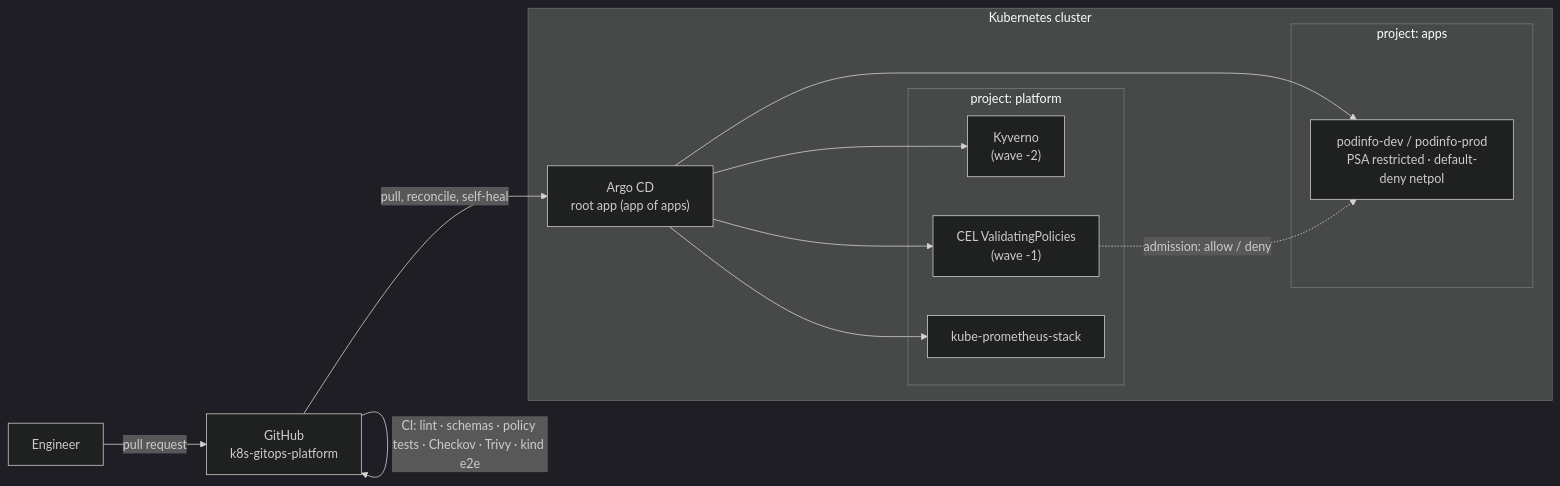
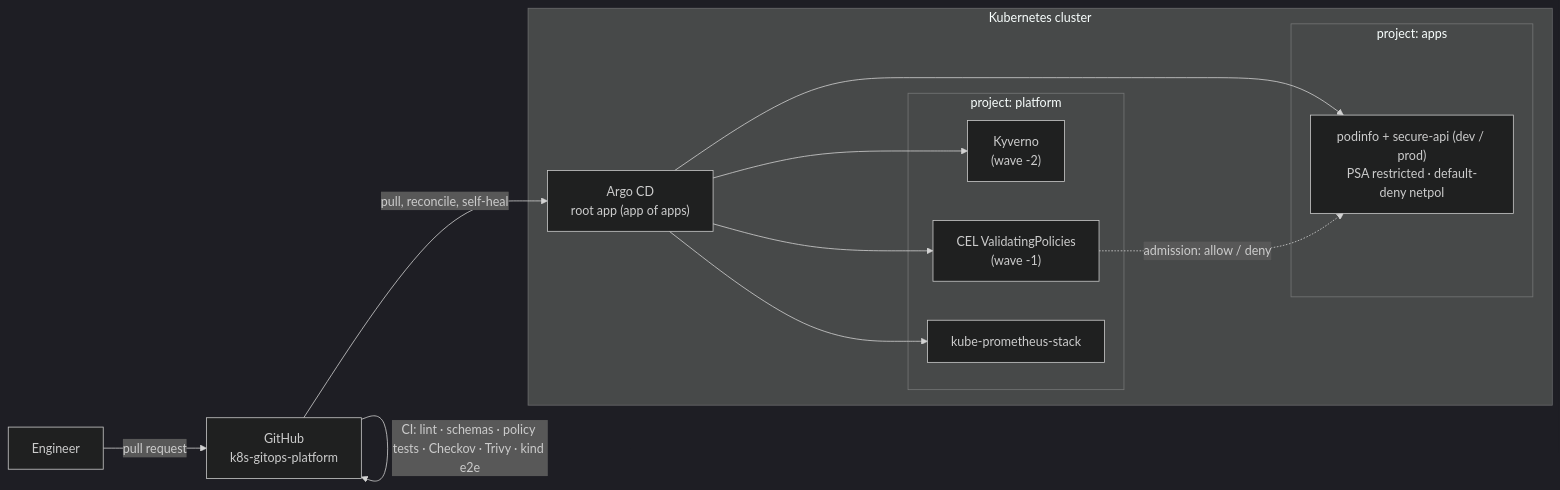
Before and after one commit to Z-mac-debug/k8s-gitops-platform: the diagram in README.md, drawn with Mermaid (dark theme). The commit also changed other lines of this file and 14 other files, not shown here.

Commit message:
Deploy cosign-signed secure-api; verify signature and digest pinning on kind

````diff
--- a/README.md
+++ b/README.md
@@ -17,19 +17,19 @@
 ```mermaid
 flowchart LR
     DEV["Engineer"] -- "pull request" --> GIT["GitHub<br/>k8s-gitops-platform"]
     GIT -- "CI: lint · schemas · policy tests · Checkov · Trivy · kind e2e" --> GIT
     subgraph CLUSTER["Kubernetes cluster"]
         ARGO["Argo CD<br/>root app (app of apps)"]
         subgraph PLATFORM["project: platform"]
             KYV["Kyverno<br/>(wave -2)"]
             POL["CEL ValidatingPolicies<br/>(wave -1)"]
             MON["kube-prometheus-stack"]
         end
         subgraph APPS["project: apps"]
-            POD["podinfo-dev / podinfo-prod<br/>PSA restricted · default-deny netpol"]
+            POD["podinfo + secure-api (dev / prod)<br/>PSA restricted · default-deny netpol"]
         end
     end
     GIT -- "pull, reconcile, self-heal" --> ARGO
     ARGO --> KYV & POL & MON & POD
     POL -. "admission: allow / deny" .-> POD
 ```
````
